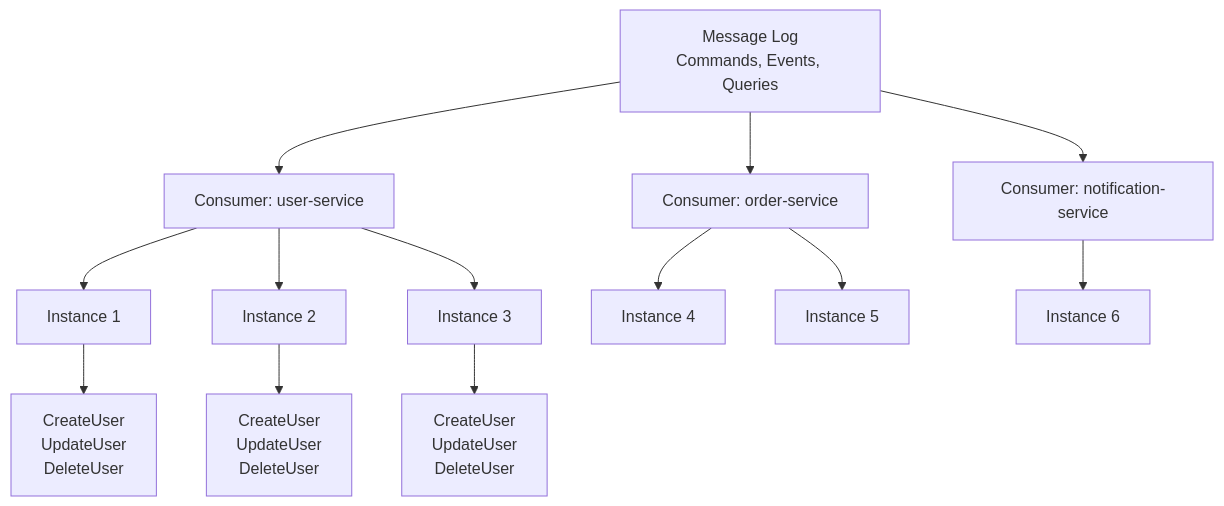
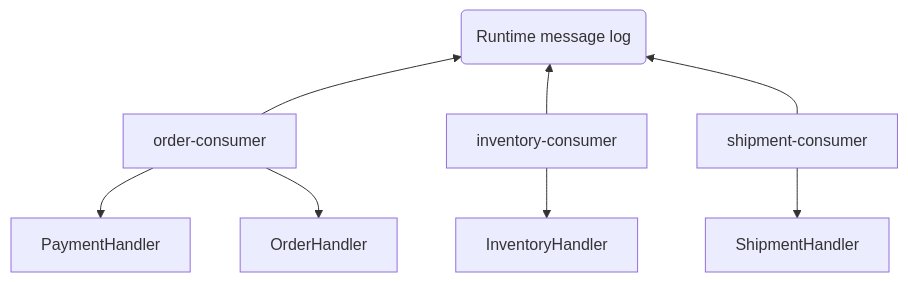
The first of 2 diagrams in src/content/docs/docs/reference/020-consumer.mdx (fluxzero-io/fluxzero-site), drawn with Mermaid before and after one commit. The commit also changed other lines of this file and 12 other files, not shown here.

````diff
--- a/src/content/docs/docs/reference/020-consumer.mdx
+++ b/src/content/docs/docs/reference/020-consumer.mdx
@@ -18,21 +20,25 @@
 ```mermaid
 graph TB
-    ML[Message Log<br/>Commands, Events, Queries]
-    
-    ML --> C1[Consumer: user-service]
-    ML --> C2[Consumer: order-service]
-    ML --> C3[Consumer: notification-service]
-    
-    C1 --> I1[Instance 1]
-    C1 --> I2[Instance 2]
-    C1 --> I3[Instance 3]
-    
-    C2 --> I4[Instance 4]
-    C2 --> I5[Instance 5]
-    
-    C3 --> I6[Instance 6]
-    
-    I1 --> H1[CreateUser<br/>UpdateUser<br/>DeleteUser]
-    I2 --> H2[CreateUser<br/>UpdateUser<br/>DeleteUser]
-    I3 --> H3[CreateUser<br/>UpdateUser<br/>DeleteUser]
+    ML(Runtime message log)
+    C1[order-consumer]
+    C2[inventory-consumer]
+    C3[shipment-consumer]
+    H1[PaymentHandler]
+    H2[OrderHandler]
+    H3[InventoryHandler]
+    H4[ShipmentHandler]
+
+    ML ~~~ C1 --> ML
+    C1 ~~~ ML
+
+    ML ~~~ C2 --> ML
+    C2 ~~~ ML
+
+    ML ~~~ C3 --> ML
+    C3 ~~~ ML
+
+    C1 --> H1
+    C1 --> H2
+    C2 --> H3
+    C3 --> H4
 ```
````
